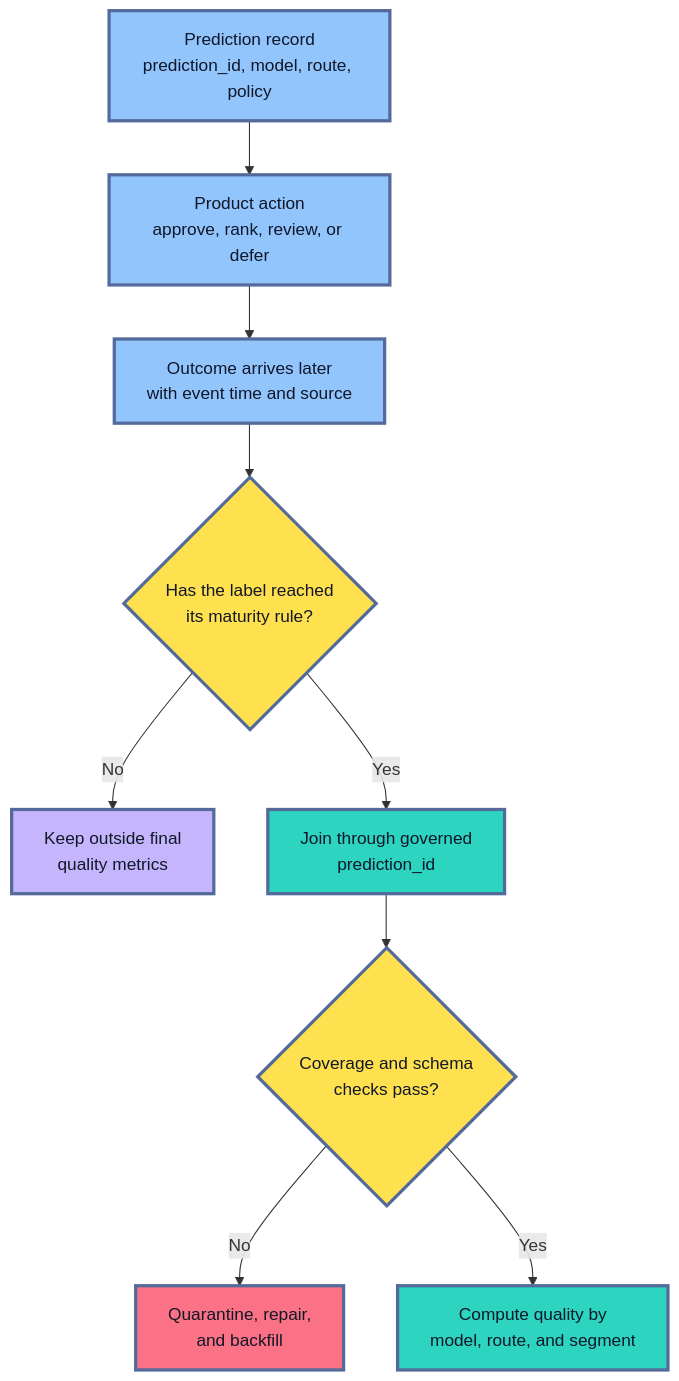
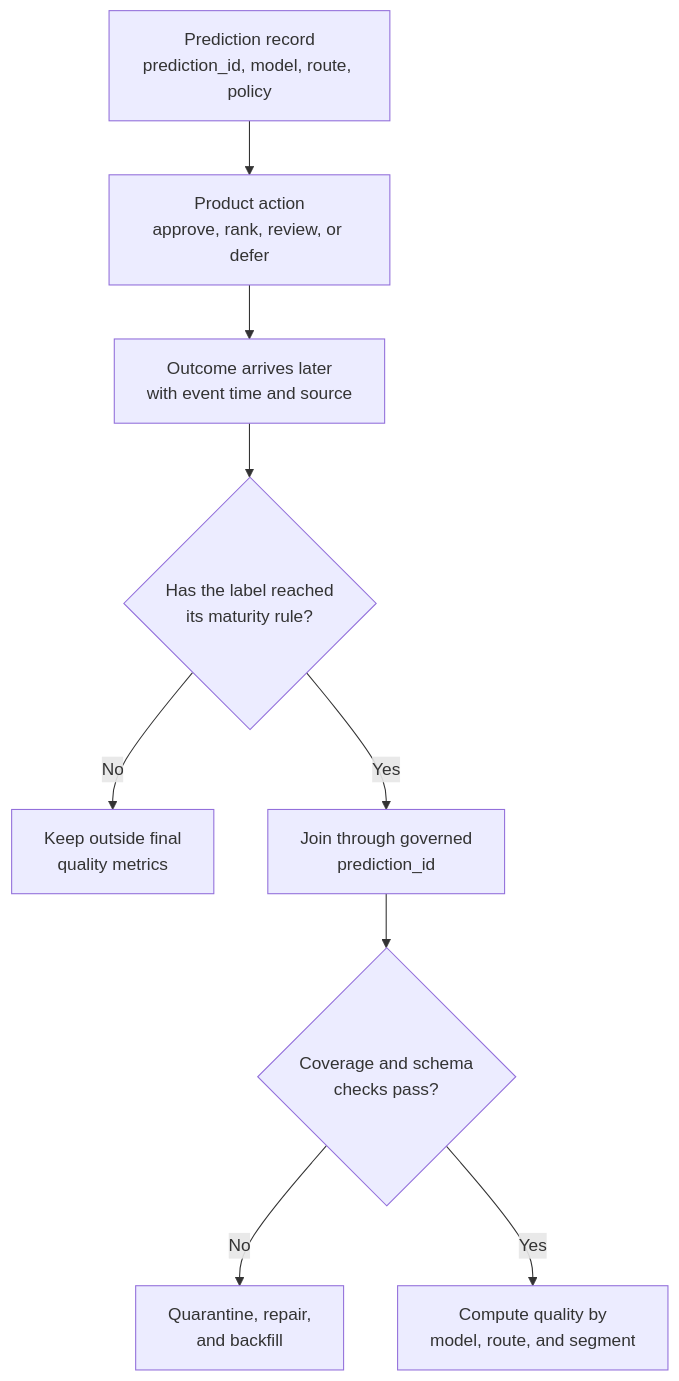
One commit to senlinyy/dev-roadmaps changed the fifth of 7 diagrams in roadmaps/mlops/modules/mlops-foundations/teams-and-workflow/03-common-mlops-failure-modes.md. Above: the diagram before and after it, drawn with Mermaid. The commit also changed other lines of this file and 152 other files, not shown here.

Commit message:
feat: mlops and diagrams updated

````diff
--- a/roadmaps/mlops/modules/mlops-foundations/teams-and-workflow/03-common-mlops-failure-modes.md
+++ b/roadmaps/mlops/modules/mlops-foundations/teams-and-workflow/03-common-mlops-failure-modes.md
@@ -379,22 +362,17 @@
 ```mermaid
 flowchart TD
     A["Prediction record<br/>prediction_id, model, route, policy"] --> B["Product action<br/>approve, rank, review, or defer"]
     B --> C["Outcome arrives later<br/>with event time and source"]
     C --> D{"Has the label reached<br/>its maturity rule?"}
     D -- "No" --> E["Keep outside final<br/>quality metrics"]
     D -- "Yes" --> F["Join through governed<br/>prediction_id"]
     F --> G{"Coverage and schema<br/>checks pass?"}
     G -- "No" --> H["Quarantine, repair,<br/>and backfill"]
     G -- "Yes" --> I["Compute quality by<br/>model, route, and segment"]
 
-    classDef event fill:#93C5FD,stroke:#536A9A,stroke-width:3px,color:#0F172A
-    classDef gate fill:#FFE04F,stroke:#536A9A,stroke-width:3px,color:#111827
-    classDef hold fill:#C4B5FD,stroke:#536A9A,stroke-width:3px,color:#111827
-    classDef repair fill:#FB7185,stroke:#536A9A,stroke-width:3px,color:#111827
-    classDef quality fill:#2DD4BF,stroke:#536A9A,stroke-width:3px,color:#0F172A
     class A,B,C event
     class D,G gate
     class E hold
     class H repair
     class F,I quality
 ```
````
